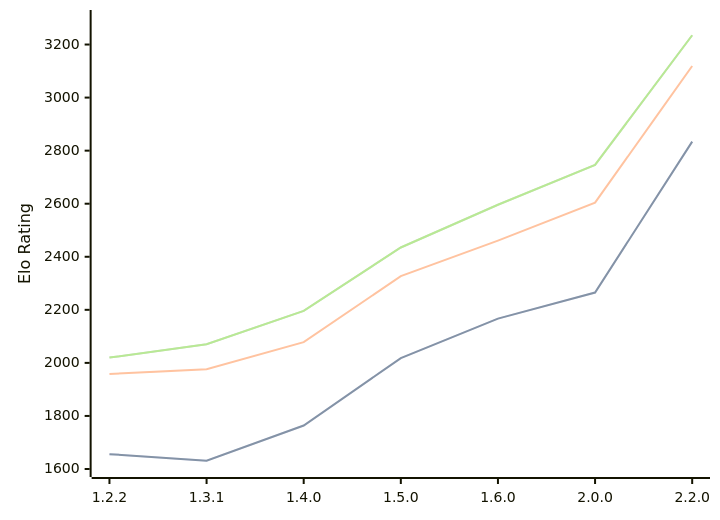
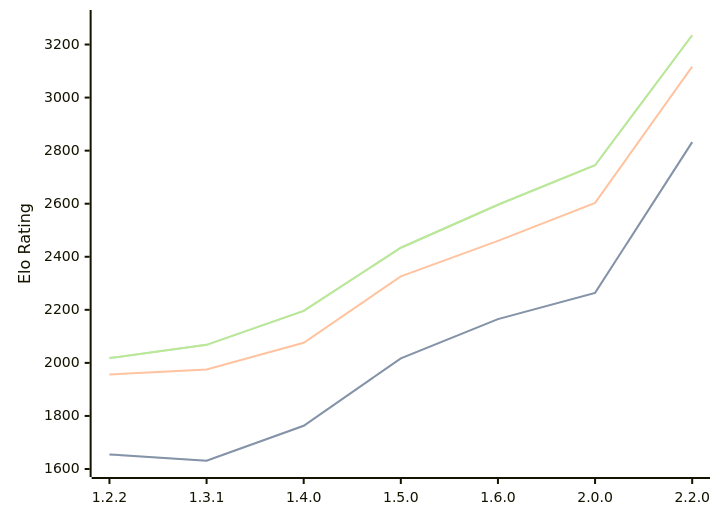
Before and after one commit to computer-chess-index/cci: the third of 3 diagrams in engines/SoloEngine.md, drawn with Mermaid. The commit also changed other lines of this file, not shown here.

Commit message:
Update CCI Ratings (ELO VLTC) - 2026-06-26

````diff
--- a/engines/SoloEngine.md
+++ b/engines/SoloEngine.md
@@ -71,11 +71,11 @@
 ```mermaid
 %%{init: {"theme":"base","themeVariables":{"seriesColors:['#a3a3a3','#222221','#faa371']}}}%%
 xychart-beta
   x-axis ["1.2.2", "1.3.1", "1.4.0", "1.5.0", "1.6.0", "2.0.0", "2.2.0"]
   y-axis "Elo Rating" 1600 --> 3300
-  line "STC (8.0+0.08s)" [1656, 1631, 1764, 2018, 2167, 2265, 2834]
-  line "STC (8.0+0.08s)" [1656, 1631, 1764, 2018, 2167, 2265, 2834]
-  line "LTC (60.0+0.60s)" [1958, 1976, 2078, 2327, 2461, 2604, 3119]
-  line "VLTC (2m24s+1.12s)" [2020, 2070, 2196, 2435, 2596, 2746, 3235]
-  line "VLTC (2m24s+1.12s)" [2020, 2070, 2196, 2435, 2596, 2746, 3235]
+  line "STC (8.0+0.08s)" [1655, 1631, 1763, 2017, 2165, 2264, 2832]
+  line "STC (8.0+0.08s)" [1655, 1631, 1763, 2017, 2165, 2264, 2832]
+  line "LTC (60.0+0.60s)" [1956, 1975, 2076, 2326, 2460, 2603, 3117]
+  line "VLTC (2m24s+1.12s)" [2018, 2068, 2196, 2434, 2596, 2745, 3235]
+  line "VLTC (2m24s+1.12s)" [2018, 2068, 2196, 2434, 2596, 2745, 3235]
 ```
````
